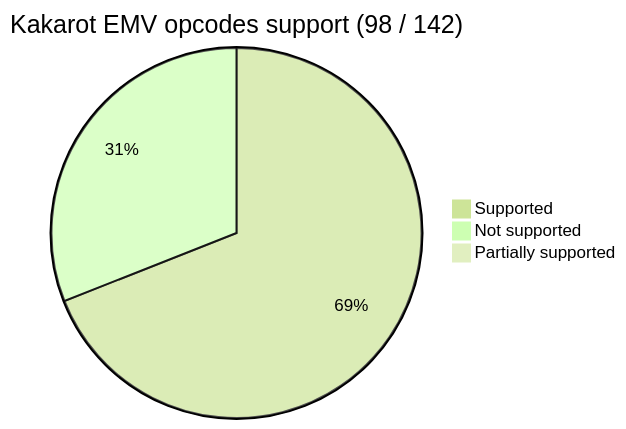
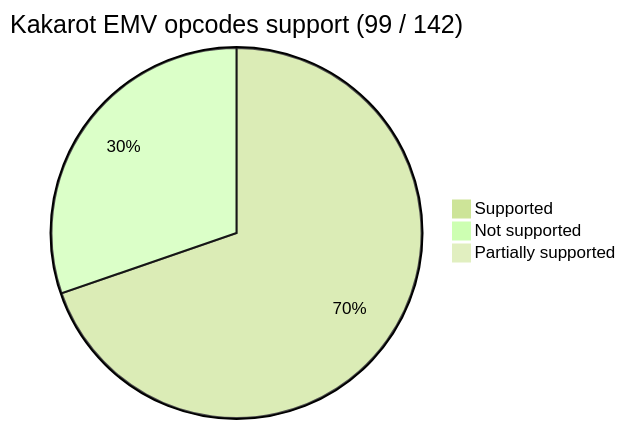
Before and after one commit to kkrt-labs/kakarot: the first of 2 diagrams in README.md, drawn with Mermaid. The commit also changed 2 other files, not shown here.

Commit message:
fix: merge error, set correct test case for MLOAD

````diff
--- a/README.md
+++ b/README.md
@@ -40,9 +40,9 @@
 ```mermaid
 %%{init: {'theme': 'forest', 'themeVariables': { 'darkMode': 'false'}}}%%
 
-pie title Kakarot EMV opcodes support (98 / 142)
-    "Supported" : 98
-    "Not supported" : 44
+pie title Kakarot EMV opcodes support (99 / 142)
+    "Supported" : 99
+    "Not supported" : 43
 
     "Partially supported" : 0
 ```
````
